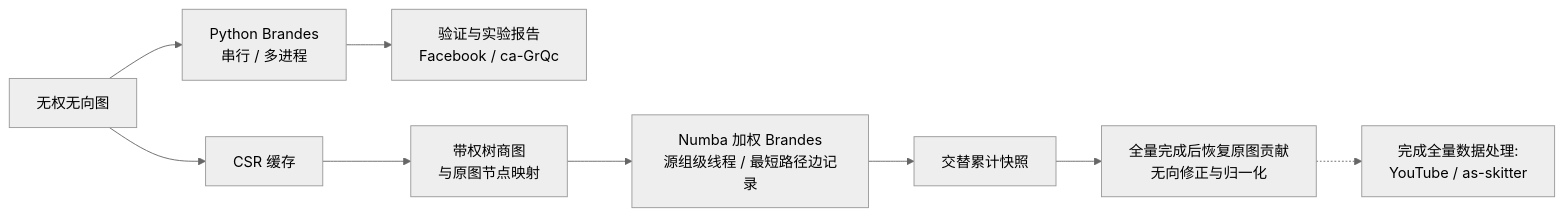
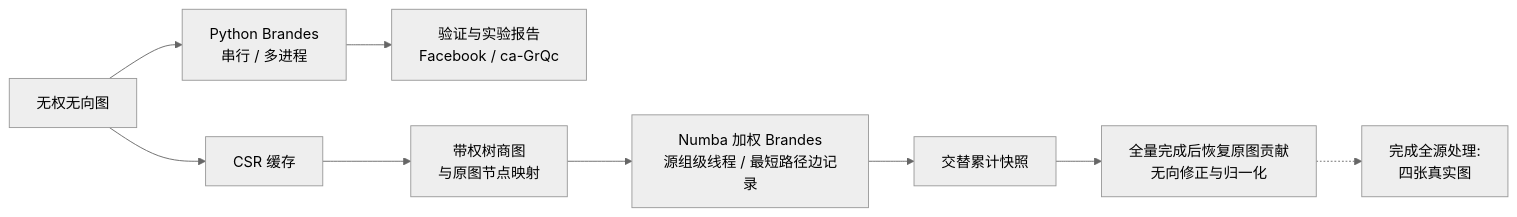
The diagram in README.md (lyx0902/LinkRadar), drawn with Mermaid (neutral theme) before and after one commit. The commit also changed other lines of this file and 10 other files, not shown here.

````diff
--- a/README.md
+++ b/README.md
@@ -27,11 +27,11 @@
 ```mermaid
 flowchart LR
     G["无权无向图"] --> P["Python Brandes<br/>串行 / 多进程"]
     P --> V["验证与实验报告<br/>Facebook / ca-GrQc"]
     G --> C["CSR 缓存"]
     C --> Q["带权树商图<br/>与原图节点映射"]
     Q --> N["Numba 加权 Brandes<br/>源组级线程 / 最短路径边记录"]
     N --> S["交替累计快照"]
     S --> R["全量完成后恢复原图贡献<br/>无向修正与归一化"]
-    R -.->W["完成全量数据处理:<br/> YouTube / as-skitter"]
+    R -.->W["完成全源处理:<br/>四张真实图"]
 ```
````
